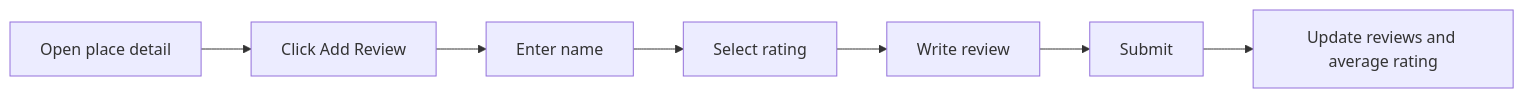
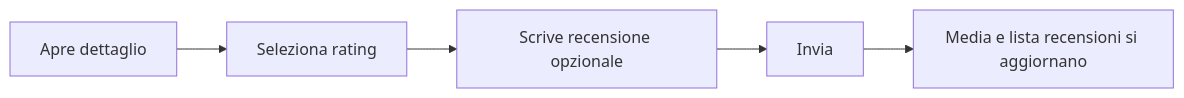
The sixth of 6 diagrams in docs/information-architecture.md (ricpastori/Progetto_Academy_MrDTwice), drawn with Mermaid before and after one commit. The commit also changed other lines of this file and 24 other files, not shown here.

````diff
--- a/docs/information-architecture.md
+++ b/docs/information-architecture.md
@@ -113,9 +113,7 @@
 ```mermaid
 flowchart LR
-  A["Open place detail"] --> B["Click Add Review"]
-  B --> C["Enter name"]
-  C --> D["Select rating"]
-  D --> E["Write review"]
-  E --> F["Submit"]
-  F --> G["Update reviews and average rating"]
+  A["Apre dettaglio"] --> B["Seleziona rating"]
+  B --> C["Scrive recensione opzionale"]
+  C --> D["Invia"]
+  D --> E["Media e lista recensioni si aggiornano"]
 ```
````
